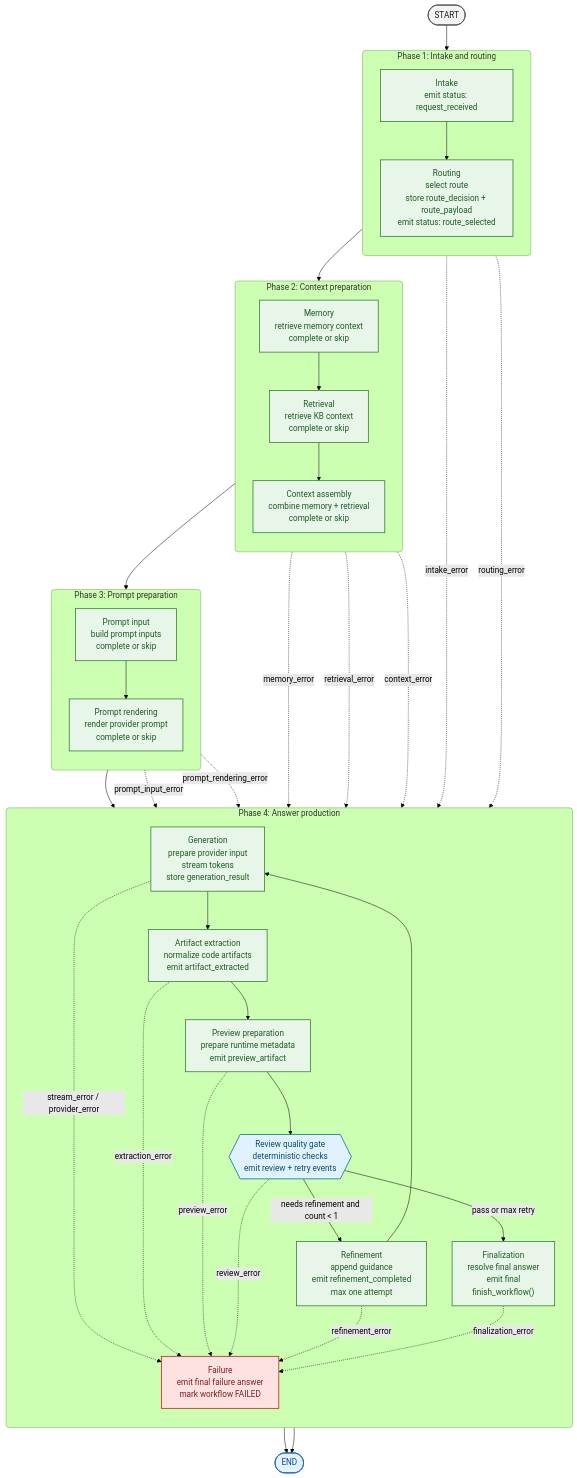
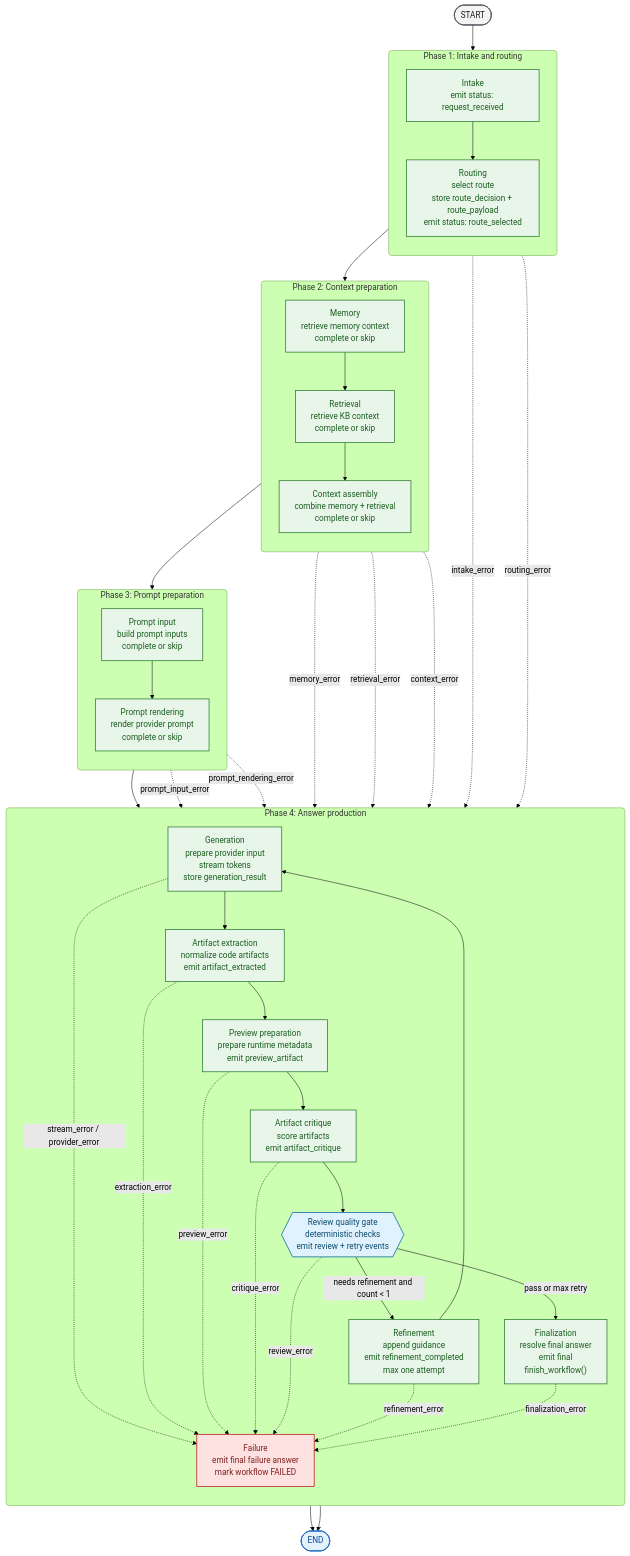
The first of 3 diagrams in architecture/workflow_graph.md (lmguerrini/creative-coding-assistant), drawn with Mermaid (forest theme) before and after one commit. The commit also changed other lines of this file and 2 other files, not shown here.

First line of the commit message:
Document artifact critique workflow

````diff
--- a/architecture/workflow_graph.md
+++ b/architecture/workflow_graph.md
@@ -22,69 +22,71 @@
 ```mermaid
 flowchart TB
     classDef boundary fill:#F4F4F5,stroke:#52525B,color:#18181B,stroke-width:1.5px;
     classDef implemented fill:#E8F5E9,stroke:#2E7D32,color:#1B5E20,stroke-width:1.5px;
     classDef gate fill:#E0F2FE,stroke:#0369A1,color:#0C4A6E,stroke-width:1.5px;
     classDef failure fill:#FEE2E2,stroke:#B91C1C,color:#7F1D1D,stroke-width:1.5px;
     classDef terminal fill:#E3F2FD,stroke:#1565C0,color:#0D47A1,stroke-width:1.5px;
 
     start([START])
     finish([END])
 
     subgraph phase_1["Phase 1: Intake and routing"]
         direction TB
         intake["Intake<br/>emit status: request_received"]
         routing["Routing<br/>select route<br/>store route_decision + route_payload<br/>emit status: route_selected"]
     end
 
     subgraph phase_2["Phase 2: Context preparation"]
         direction TB
         memory["Memory<br/>retrieve memory context<br/>complete or skip"]
         retrieval["Retrieval<br/>retrieve KB context<br/>complete or skip"]
         context_assembly["Context assembly<br/>combine memory + retrieval<br/>complete or skip"]
     end
 
     subgraph phase_3["Phase 3: Prompt preparation"]
         direction TB
         prompt_input["Prompt input<br/>build prompt inputs<br/>complete or skip"]
         prompt_rendering["Prompt rendering<br/>render provider prompt<br/>complete or skip"]
     end
 
     subgraph phase_4["Phase 4: Answer production"]
         direction TB
         generation["Generation<br/>prepare provider input<br/>stream tokens<br/>store generation_result"]
         artifact_extraction["Artifact extraction<br/>normalize code artifacts<br/>emit artifact_extracted"]
         preview_preparation["Preview preparation<br/>prepare runtime metadata<br/>emit preview_artifact"]
+        artifact_critique["Artifact critique<br/>score artifacts<br/>emit artifact_critique"]
         review{{"Review quality gate<br/>deterministic checks<br/>emit review + retry events"}}
         refinement["Refinement<br/>append guidance<br/>emit refinement_completed<br/>max one attempt"]
         finalization["Finalization<br/>resolve final answer<br/>emit final<br/>finish_workflow()"]
         failure["Failure<br/>emit final failure answer<br/>mark workflow FAILED"]
     end
 
-    start --> intake --> routing --> memory --> retrieval --> context_assembly --> prompt_input --> prompt_rendering --> generation --> artifact_extraction --> preview_preparation --> review
+    start --> intake --> routing --> memory --> retrieval --> context_assembly --> prompt_input --> prompt_rendering --> generation --> artifact_extraction --> preview_preparation --> artifact_critique --> review
     review -->|"pass or max retry"| finalization --> finish
     review -->|"needs refinement and count < 1"| refinement --> generation
     intake -. intake_error .-> failure
     routing -. routing_error .-> failure
     memory -. memory_error .-> failure
     retrieval -. retrieval_error .-> failure
     context_assembly -. context_error .-> failure
     prompt_input -. prompt_input_error .-> failure
     prompt_rendering -. prompt_rendering_error .-> failure
     generation -. stream_error / provider_error .-> failure
     artifact_extraction -. extraction_error .-> failure
     preview_preparation -. preview_error .-> failure
+    artifact_critique -. critique_error .-> failure
     review -. review_error .-> failure
     refinement -. refinement_error .-> failure
     finalization -. finalization_error .-> failure
     failure --> finish
 
     class start boundary
     class finish terminal
-    class intake,routing,memory,retrieval,context_assembly,prompt_input,prompt_rendering,generation,artifact_extraction,preview_preparation,refinement,finalization implemented
+    class intake,routing,memory,retrieval,context_assembly,prompt_input,prompt_rendering,generation,artifact_extraction,preview_preparation,artifact_critique,refinement,finalization implemented
     class review gate
     class failure failure
     style phase_1 rx:6px,ry:6px
     style phase_2 rx:6px,ry:6px
     style phase_3 rx:6px,ry:6px
     style phase_4 rx:6px,ry:6px
 ```
````
